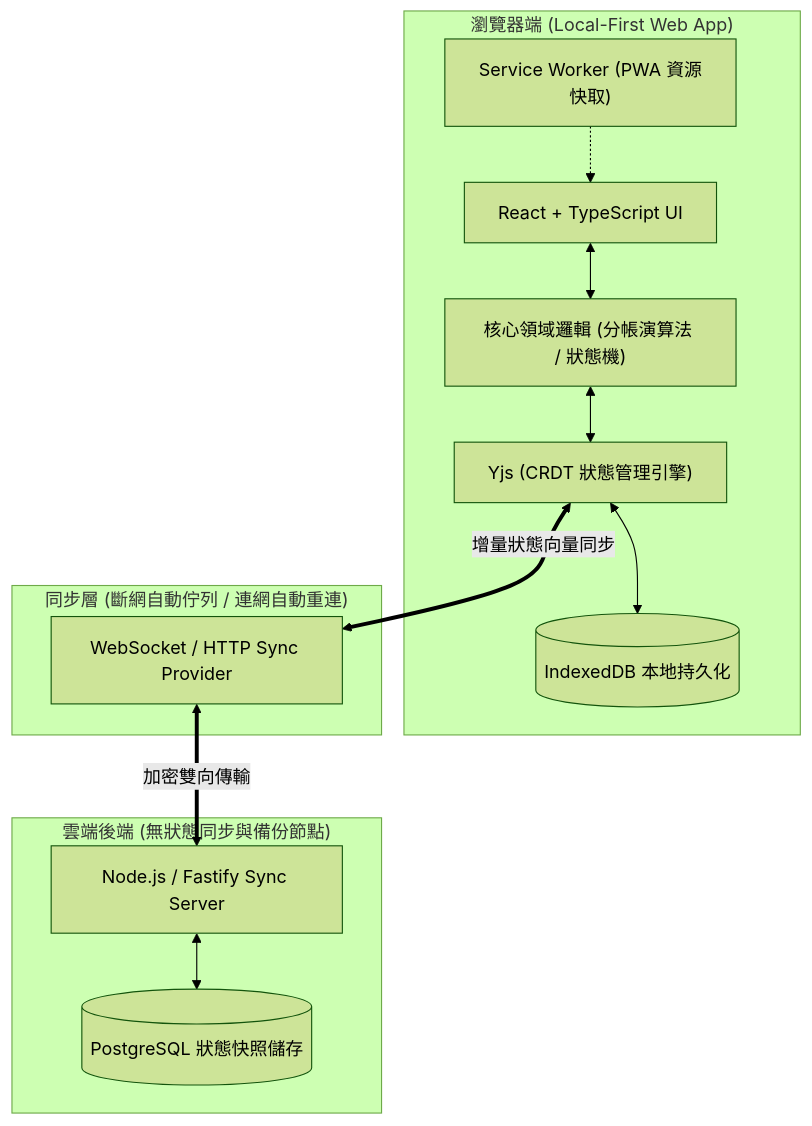
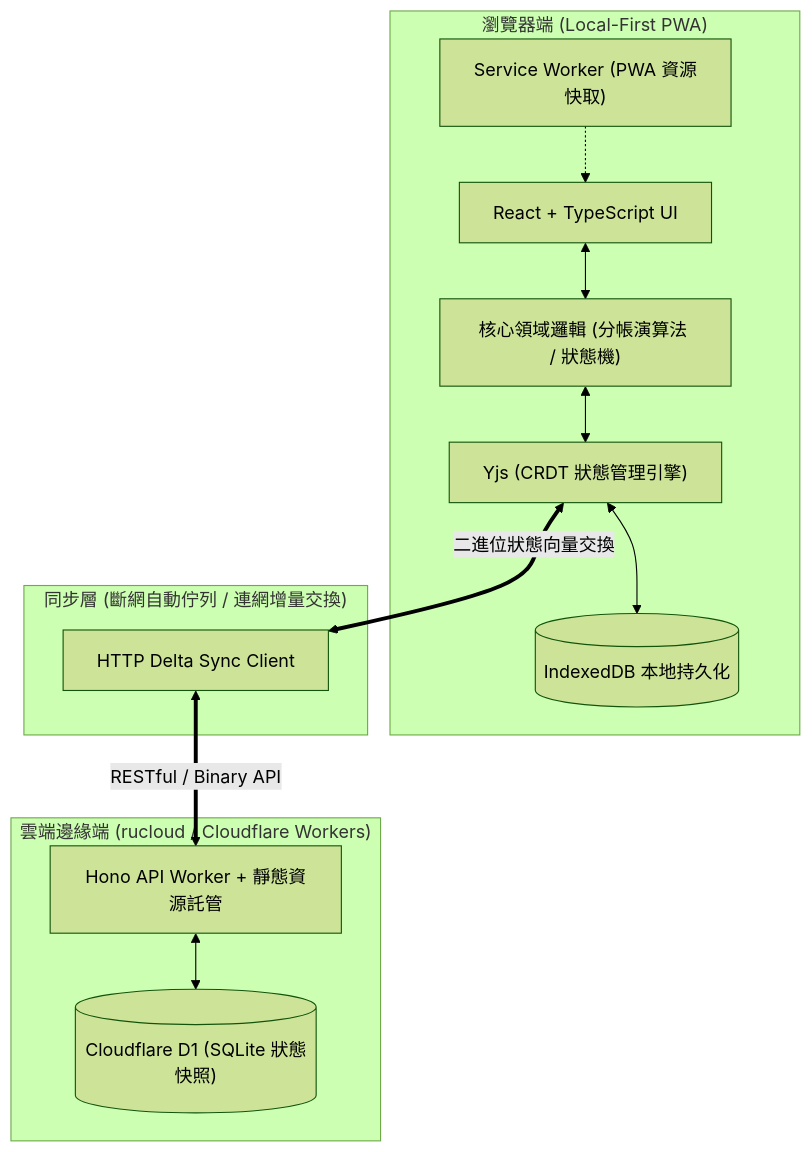
Before and after one commit to vicky111410524/_se2: the diagram in final/README.md, drawn with Mermaid (forest theme). The commit also changed other lines of this file, not shown here.

````diff
--- a/final/README.md
+++ b/final/README.md
@@ -30,29 +30,29 @@
 ```mermaid
 graph TD
-    subgraph Client ["瀏覽器端 (Local-First Web App)"]
+    subgraph Client ["瀏覽器端 (Local-First PWA)"]
         UI["React + TypeScript UI"]
         Logic["核心領域邏輯 (分帳演算法 / 狀態機)"]
         CRDT["Yjs (CRDT 狀態管理引擎)"]
         IDB[("IndexedDB 本地持久化")]
         SW["Service Worker (PWA 資源快取)"]
 
         UI <--> Logic
         Logic <--> CRDT
         CRDT <--> IDB
         SW -.-> UI
     end
 
-    subgraph Network ["同步層 (斷網自動佇列 / 連網自動重連)"]
-        WS["WebSocket / HTTP Sync Provider"]
+    subgraph Network ["同步層 (斷網自動佇列 / 連網增量交換)"]
+        Sync["HTTP Delta Sync Client"]
     end
 
-    subgraph Server ["雲端後端 (無狀態同步與備份節點)"]
-        API["Node.js / Fastify Sync Server"]
-        DB[("PostgreSQL 狀態快照儲存")]
+    subgraph Edge ["雲端邊緣端 (rucloud / Cloudflare Workers)"]
+        Worker["Hono API Worker + 靜態資源託管"]
+        D1[("Cloudflare D1 (SQLite 狀態快照)")]
 
-        API <--> DB
+        Worker <--> D1
     end
 
-    CRDT <==>|增量狀態向量同步| WS
-    WS <==>|加密雙向傳輸| API
+    CRDT <==>|二進位狀態向量交換| Sync
+    Sync <==>|RESTful / Binary API| Worker
 ```
````
